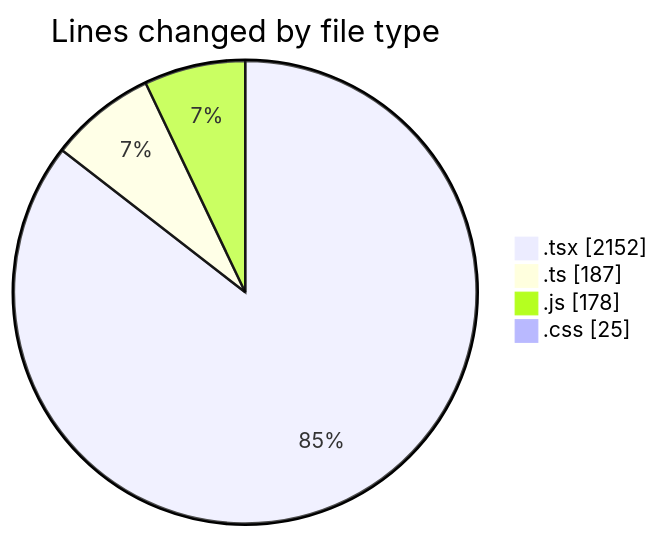
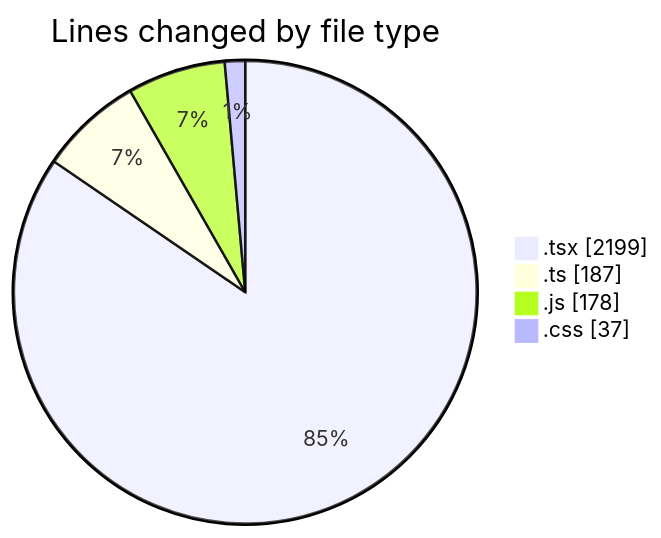
The first of 2 diagrams in 2025-02-03/mbc-web/README.md (robertbonfada/code-tracking), drawn with Mermaid before and after one commit. The commit also changed other lines of this file and 1 other file, not shown here.

````diff
--- a/2025-02-03/mbc-web/README.md
+++ b/2025-02-03/mbc-web/README.md
@@ -32,8 +33,8 @@
 ```mermaid
 pie showData
 title Lines changed by file type
-".tsx" : 2152
+".tsx" : 2199
 ".ts" : 187
 ".js" : 178
-".css" : 25
+".css" : 37
 ```
````
